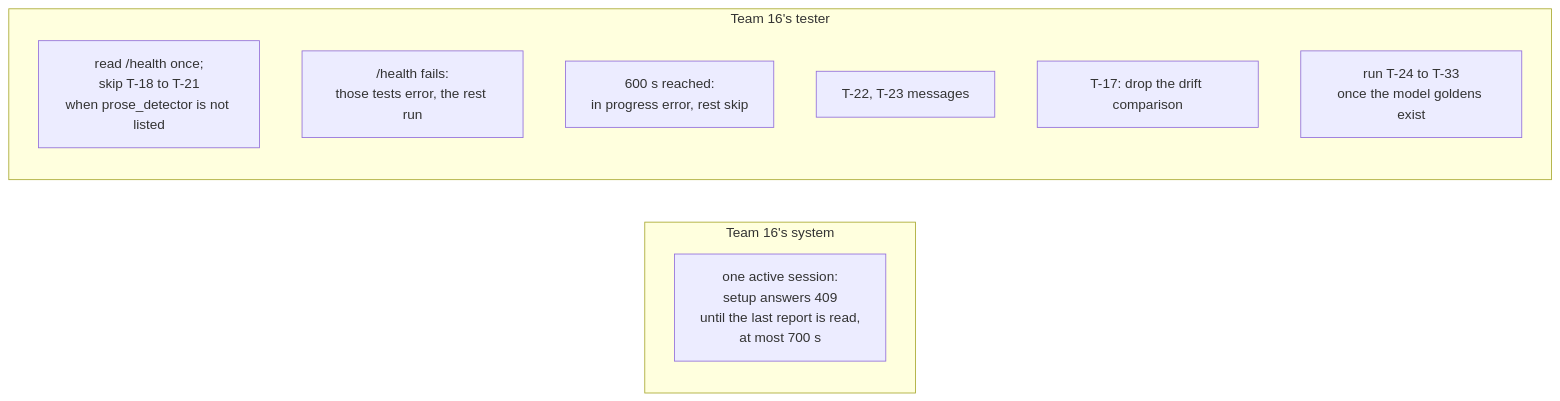
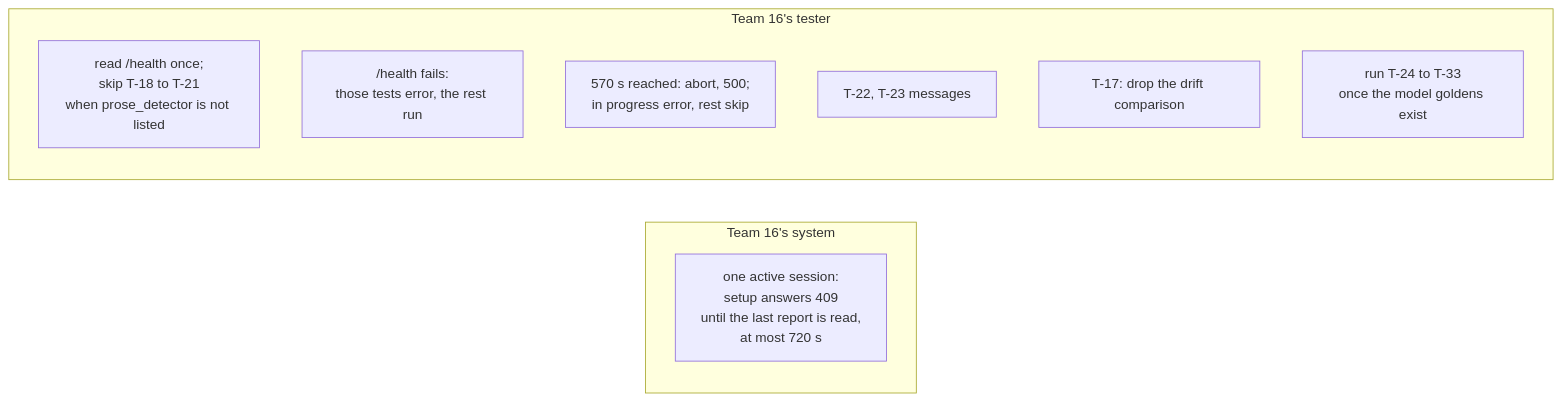
The third of 3 diagrams in docs/history/contract-2.4.0-changes.md (MuhammadSban/DocumentationModelDrifter), drawn with Mermaid before and after one commit. The commit also changed other lines of this file and 6 other files, not shown here.

````diff
--- a/docs/history/contract-2.4.0-changes.md
+++ b/docs/history/contract-2.4.0-changes.md
@@ -142,14 +151,14 @@
 ```mermaid
 flowchart LR
     subgraph S16["Team 16's system"]
-        N1["one active session:<br/>setup answers 409<br/>until the last report is read,<br/>at most 700 s"]
+        N1["one active session:<br/>setup answers 409<br/>until the last report is read,<br/>at most 720 s"]
     end
     subgraph T16["Team 16's tester"]
         R1["read /health once;<br/>skip T-18 to T-21<br/>when prose_detector is not listed"]
         R2["/health fails:<br/>those tests error, the rest run"]
-        R3["600 s reached:<br/>in progress error, rest skip"]
+        R3["570 s reached: abort, 500;<br/>in progress error, rest skip"]
         R4["T-22, T-23 messages"]
         R5["T-17: drop the drift comparison"]
         R6["run T-24 to T-33<br/>once the model goldens exist"]
     end
 ```
````
